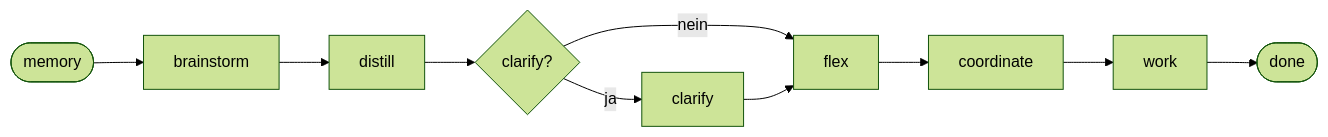
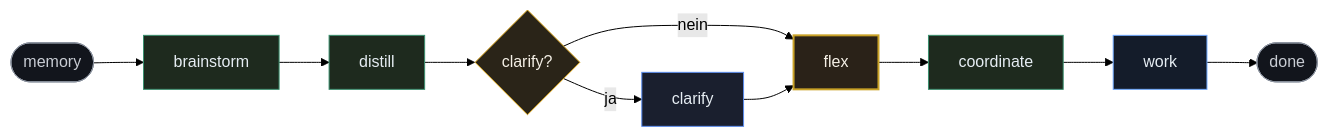
The third of 4 diagrams in README_DE.md (landjunge/gnom-hub-v1), drawn with Mermaid (forest theme) before and after one commit. The commit also changed other lines of this file and 3 other files, not shown here.

First line of the commit message:
docs: deepen Mermaid styling classes (shared palette)

````diff
--- a/README_DE.md
+++ b/README_DE.md
@@ -272,12 +275,19 @@
 ```mermaid
 flowchart LR
-  M([memory]) --> B[brainstorm]
-  B --> D[distill]
-  D --> C{clarify?}
-  C -->|ja| CL[clarify]
-  C -->|nein| F[flex]
+  M([memory]):::terminal --> B[brainstorm]:::core
+  B --> D[distill]:::core
+  D --> C{clarify?}:::gate
+  C -->|ja| CL[clarify]:::ui
+  C -->|nein| F[flex]:::locked
   CL --> F
-  F --> CO[coordinate]
-  CO --> W[work]
-  W --> DONE([done])
+  F --> CO[coordinate]:::core
+  CO --> W[work]:::work
+  W --> DONE([done]):::terminal
+
+  classDef ui fill:#1a1f2e,stroke:#5b8def,color:#e6edf3,stroke-width:1px
+  classDef core fill:#1e2a1e,stroke:#3a8f6e,color:#e6edf3,stroke-width:1px
+  classDef locked fill:#2a2218,stroke:#c9a227,color:#f5f0e6,stroke-width:2px
+  classDef work fill:#141c2a,stroke:#6ea8fe,color:#e6edf3,stroke-width:1px
+  classDef gate fill:#2a2418,stroke:#d4a017,color:#f5f0e6,stroke-width:1px
+  classDef terminal fill:#12151c,stroke:#8b929e,color:#c9cdd4,stroke-width:1px
 ```
````
